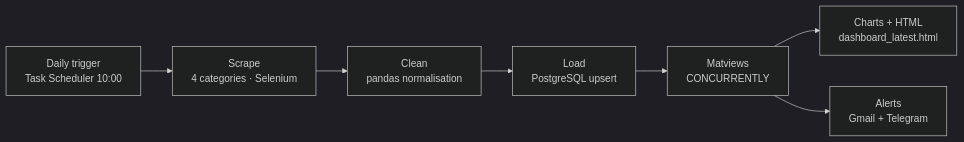
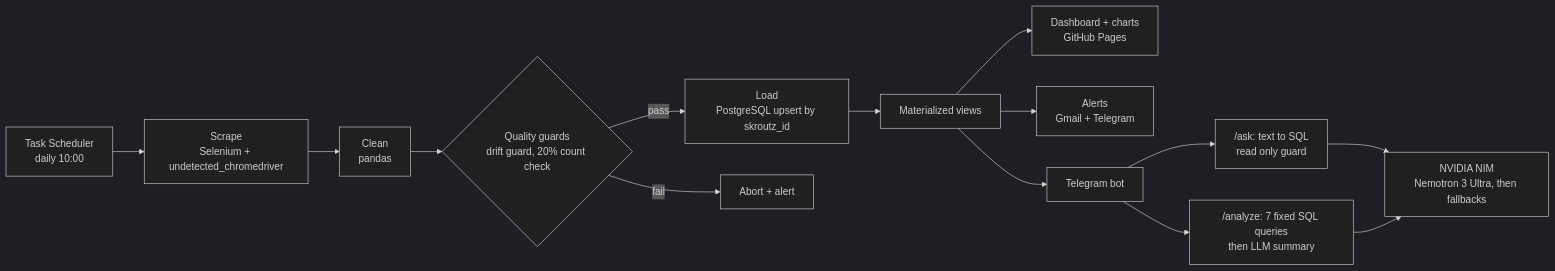
One commit to StavrosKav/skroutz-data-pipeline changed the diagram in README.md. Above: the diagram before and after it, drawn with Mermaid (dark theme). The commit also changed other lines of this file and 10 other files, not shown here.

Commit message:
ask: count questions default to listed products, guard tests, README rewrite, brand stats fix

````diff
--- a/README.md
+++ b/README.md
@@ -31,9 +35,16 @@
 ```mermaid
 flowchart LR
-  A["Daily trigger\nTask Scheduler 10:00"] --> B["Scrape\n4 categories · Selenium"]
-  B --> C["Clean\npandas normalisation"]
-  C --> D["Load\nPostgreSQL upsert"]
-  D --> E["Matviews\nCONCURRENTLY"]
-  E --> F["Charts + HTML\ndashboard_latest.html"]
-  E --> G["Alerts\nGmail + Telegram"]
+  T["Task Scheduler<br/>daily 10:00"] --> S["Scrape<br/>Selenium + undetected_chromedriver"]
+  S --> C["Clean<br/>pandas"]
+  C --> Q{"Quality guards<br/>drift guard, 20% count check"}
+  Q -->|pass| L["Load<br/>PostgreSQL upsert by skroutz_id"]
+  Q -->|fail| X["Abort + alert"]
+  L --> V["Materialized views"]
+  V --> D["Dashboard + charts<br/>GitHub Pages"]
+  V --> A["Alerts<br/>Gmail + Telegram"]
+  V --> B["Telegram bot"]
+  B --> ASK["/ask: text to SQL<br/>read only guard"]
+  B --> AN["/analyze: 7 fixed SQL queries<br/>then LLM summary"]
+  ASK --> LLM["NVIDIA NIM<br/>Nemotron 3 Ultra, then fallbacks"]
+  AN --> LLM
 ```
````
